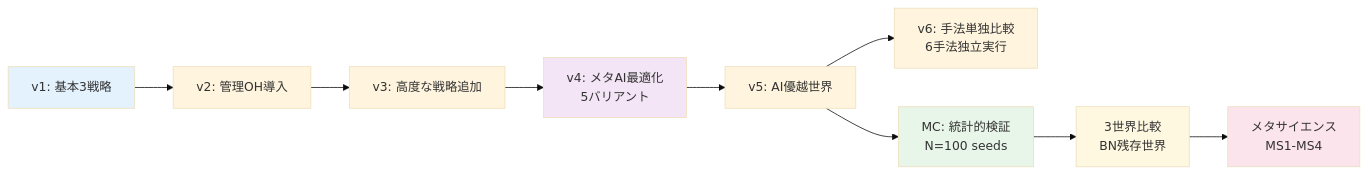
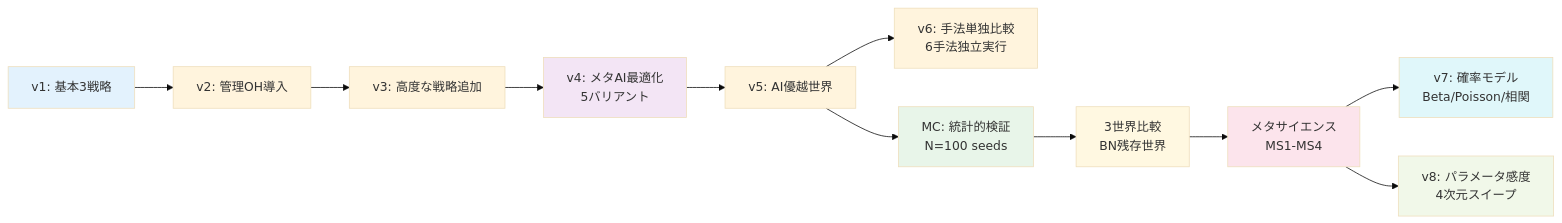
The fourth of 4 diagrams in docs/wiki/Home.md (Taiyou/DeSciTokyo), drawn with Mermaid (base theme) before and after one commit. The commit also changed other lines of this file and 32 other files, not shown here.

````diff
--- a/docs/wiki/Home.md
+++ b/docs/wiki/Home.md
@@ -168,17 +176,21 @@
 ```mermaid
 graph LR
     V1["v1: 基本3戦略"] --> V2["v2: 管理OH導入"]
     V2 --> V3["v3: 高度な戦略追加"]
     V3 --> V4["v4: メタAI最適化<br/>5バリアント"]
     V4 --> V5["v5: AI優越世界"]
     V5 --> V6["v6: 手法単独比較<br/>6手法独立実行"]
     V5 --> MC["MC: 統計的検証<br/>N=100 seeds"]
     MC --> W3["3世界比較<br/>BN残存世界"]
     W3 --> MS["メタサイエンス<br/>MS1-MS4"]
+    MS --> V7["v7: 確率モデル<br/>Beta/Poisson/相関"]
+    MS --> V8["v8: パラメータ感度<br/>4次元スイープ"]
 
     style V1 fill:#e3f2fd
     style V4 fill:#f3e5f5
     style MC fill:#e8f5e9
     style W3 fill:#fff8e1
     style MS fill:#fce4ec
+    style V7 fill:#e0f7fa
+    style V8 fill:#f1f8e9
 ```
````
